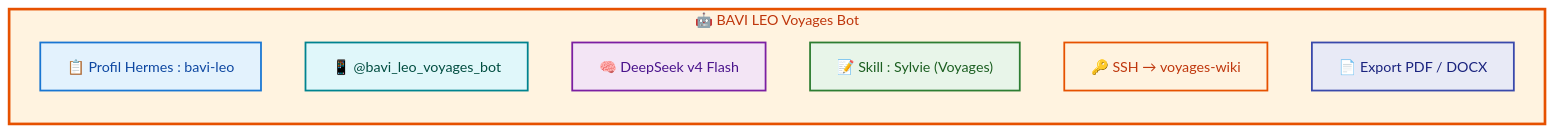
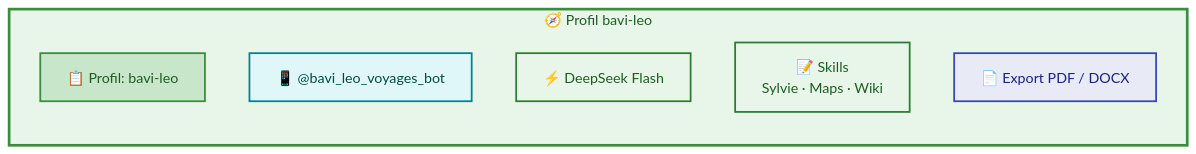
The fourth of 5 diagrams in docs/hermes/architecture-communication.md (christophedanhier-hash/hermes-wiki), drawn with Mermaid before and after one commit. The commit also changed other lines of this file and 1 other file, not shown here.

Commit message:
docs: mise à jour architecture — 100% DeepSeek, plus de Gemini. Schémas Mermaid complets

````diff
--- a/docs/hermes/architecture-communication.md
+++ b/docs/hermes/architecture-communication.md
@@ -100,20 +163,18 @@
 ```mermaid
 flowchart LR
-    subgraph BOT2["🤖 BAVI LEO Voyages Bot"]
+    subgraph BOT2["🧭 Profil bavi-leo"]
         direction TB
-        P2["📋 Profil Hermes : bavi-leo"]
+        P2["📋 Profil: bavi-leo"]
         B2["📱 @bavi_leo_voyages_bot"]
-        M2["🧠 DeepSeek v4 Flash"]
-        S2["📝 Skill : Sylvie (Voyages)"]
-        A2["🔑 SSH → voyages-wiki"]
+        M2["⚡ DeepSeek Flash"]
+        S2["📝 Skills<br/>Sylvie · Maps · Wiki"]
         E2["📄 Export PDF / DOCX"]
     end
-    
-    style BOT2 fill:#fff3e0,stroke:#e65100,stroke-width:3px,color:#bf360c
-    style P2 fill:#e3f2fd,stroke:#1976d2,stroke-width:2px,color:#0d47a1
+
+    style BOT2 fill:#e8f5e9,stroke:#388e3c,stroke-width:3px,color:#1b5e20
+    style P2 fill:#c8e6c9,stroke:#388e3c,stroke-width:2px,color:#1b5e20
     style B2 fill:#e0f7fa,stroke:#00838f,stroke-width:2px,color:#004d40
-    style M2 fill:#f3e5f5,stroke:#7b1fa2,stroke-width:2px,color:#4a148c
+    style M2 fill:#e8f5e9,stroke:#2e7d32,stroke-width:2px,color:#1b5e20
     style S2 fill:#e8f5e9,stroke:#2e7d32,stroke-width:2px,color:#1b5e20
-    style A2 fill:#fff3e0,stroke:#e65100,stroke-width:2px,color:#bf360c
     style E2 fill:#e8eaf6,stroke:#3949ab,stroke-width:2px,color:#1a237e
 ```
````
